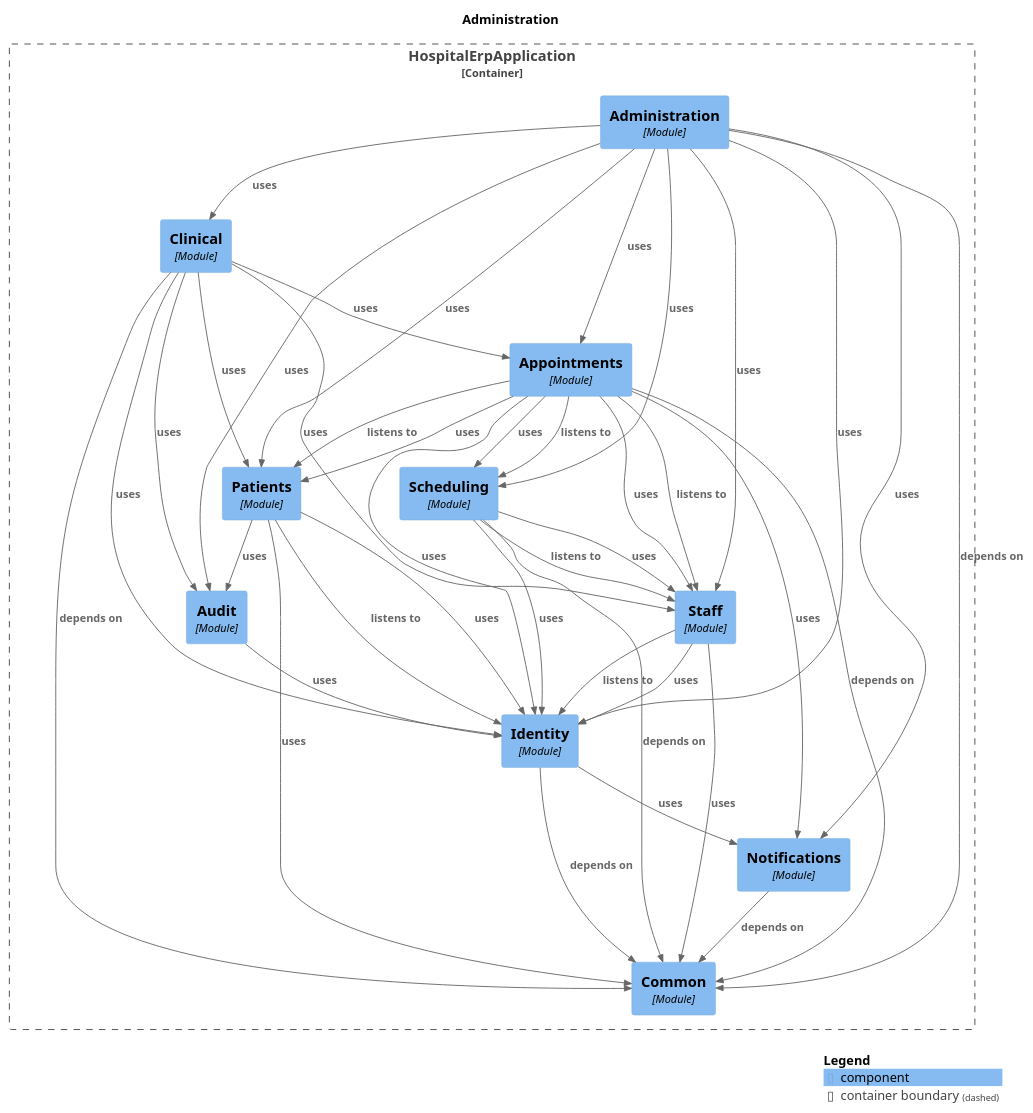
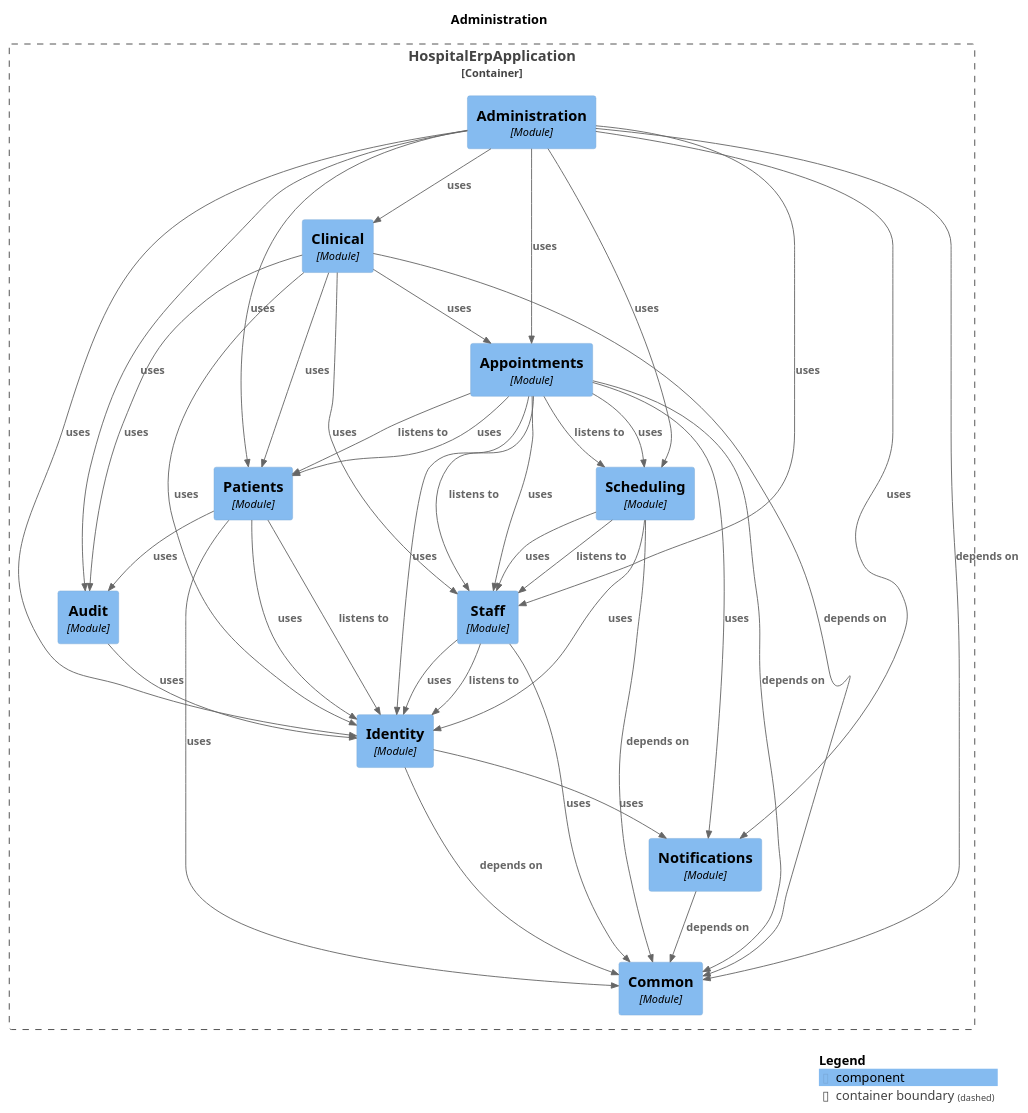
Before and after one commit to harshsharma5720/HospitalERP: the diagram in docs/modules/module-administration.puml, drawn with PlantUML. The commit also changed other lines of this file and 33 other files, not shown here.

```diff
--- a/docs/modules/module-administration.puml
+++ b/docs/modules/module-administration.puml
@@ -1,65 +1,65 @@
 @startuml
 set separator none
 title Administration
 
 top to bottom direction
 
 !include <C4/C4>
 !include <C4/C4_Context>
 !include <C4/C4_Component>
 
 Container_Boundary("HospitalErpApplication.HospitalErpApplication_boundary", "HospitalErpApplication", $tags="") {
-  Component(HospitalErpApplication.HospitalErpApplication.Scheduling, "Scheduling", $techn="Module", $descr="", $tags="", $link="")
   Component(HospitalErpApplication.HospitalErpApplication.Appointments, "Appointments", $techn="Module", $descr="", $tags="", $link="")
   Component(HospitalErpApplication.HospitalErpApplication.Clinical, "Clinical", $techn="Module", $descr="", $tags="", $link="")
   Component(HospitalErpApplication.HospitalErpApplication.Administration, "Administration", $techn="Module", $descr="", $tags="", $link="")
   Component(HospitalErpApplication.HospitalErpApplication.Common, "Common", $techn="Module", $descr="", $tags="", $link="")
   Component(HospitalErpApplication.HospitalErpApplication.Notifications, "Notifications", $techn="Module", $descr="", $tags="", $link="")
   Component(HospitalErpApplication.HospitalErpApplication.Identity, "Identity", $techn="Module", $descr="", $tags="", $link="")
   Component(HospitalErpApplication.HospitalErpApplication.Audit, "Audit", $techn="Module", $descr="", $tags="", $link="")
   Component(HospitalErpApplication.HospitalErpApplication.Staff, "Staff", $techn="Module", $descr="", $tags="", $link="")
   Component(HospitalErpApplication.HospitalErpApplication.Patients, "Patients", $techn="Module", $descr="", $tags="", $link="")
+  Component(HospitalErpApplication.HospitalErpApplication.Scheduling, "Scheduling", $techn="Module", $descr="", $tags="", $link="")
 }
 
-Rel(HospitalErpApplication.HospitalErpApplication.Notifications, HospitalErpApplication.HospitalErpApplication.Common, "depends on", $techn="", $tags="", $link="")
-Rel(HospitalErpApplication.HospitalErpApplication.Scheduling, HospitalErpApplication.HospitalErpApplication.Staff, "listens to", $techn="", $tags="", $link="")
-Rel(HospitalErpApplication.HospitalErpApplication.Scheduling, HospitalErpApplication.HospitalErpApplication.Common, "depends on", $techn="", $tags="", $link="")
-Rel(HospitalErpApplication.HospitalErpApplication.Scheduling, HospitalErpApplication.HospitalErpApplication.Staff, "uses", $techn="", $tags="", $link="")
-Rel(HospitalErpApplication.HospitalErpApplication.Scheduling, HospitalErpApplication.HospitalErpApplication.Identity, "uses", $techn="", $tags="", $link="")
-Rel(HospitalErpApplication.HospitalErpApplication.Patients, HospitalErpApplication.HospitalErpApplication.Identity, "listens to", $techn="", $tags="", $link="")
-Rel(HospitalErpApplication.HospitalErpApplication.Patients, HospitalErpApplication.HospitalErpApplication.Identity, "uses", $techn="", $tags="", $link="")
-Rel(HospitalErpApplication.HospitalErpApplication.Patients, HospitalErpApplication.HospitalErpApplication.Common, "uses", $techn="", $tags="", $link="")
 Rel(HospitalErpApplication.HospitalErpApplication.Patients, HospitalErpApplication.HospitalErpApplication.Audit, "uses", $techn="", $tags="", $link="")
-Rel(HospitalErpApplication.HospitalErpApplication.Audit, HospitalErpApplication.HospitalErpApplication.Identity, "uses", $techn="", $tags="", $link="")
-Rel(HospitalErpApplication.HospitalErpApplication.Staff, HospitalErpApplication.HospitalErpApplication.Identity, "listens to", $techn="", $tags="", $link="")
-Rel(HospitalErpApplication.HospitalErpApplication.Staff, HospitalErpApplication.HospitalErpApplication.Identity, "uses", $techn="", $tags="", $link="")
-Rel(HospitalErpApplication.HospitalErpApplication.Staff, HospitalErpApplication.HospitalErpApplication.Common, "uses", $techn="", $tags="", $link="")
-Rel(HospitalErpApplication.HospitalErpApplication.Clinical, HospitalErpApplication.HospitalErpApplication.Common, "depends on", $techn="", $tags="", $link="")
-Rel(HospitalErpApplication.HospitalErpApplication.Clinical, HospitalErpApplication.HospitalErpApplication.Appointments, "uses", $techn="", $tags="", $link="")
-Rel(HospitalErpApplication.HospitalErpApplication.Clinical, HospitalErpApplication.HospitalErpApplication.Staff, "uses", $techn="", $tags="", $link="")
-Rel(HospitalErpApplication.HospitalErpApplication.Clinical, HospitalErpApplication.HospitalErpApplication.Patients, "uses", $techn="", $tags="", $link="")
-Rel(HospitalErpApplication.HospitalErpApplication.Clinical, HospitalErpApplication.HospitalErpApplication.Identity, "uses", $techn="", $tags="", $link="")
-Rel(HospitalErpApplication.HospitalErpApplication.Clinical, HospitalErpApplication.HospitalErpApplication.Audit, "uses", $techn="", $tags="", $link="")
 Rel(HospitalErpApplication.HospitalErpApplication.Appointments, HospitalErpApplication.HospitalErpApplication.Staff, "listens to", $techn="", $tags="", $link="")
 Rel(HospitalErpApplication.HospitalErpApplication.Appointments, HospitalErpApplication.HospitalErpApplication.Patients, "listens to", $techn="", $tags="", $link="")
 Rel(HospitalErpApplication.HospitalErpApplication.Appointments, HospitalErpApplication.HospitalErpApplication.Scheduling, "listens to", $techn="", $tags="", $link="")
 Rel(HospitalErpApplication.HospitalErpApplication.Appointments, HospitalErpApplication.HospitalErpApplication.Common, "depends on", $techn="", $tags="", $link="")
 Rel(HospitalErpApplication.HospitalErpApplication.Appointments, HospitalErpApplication.HospitalErpApplication.Patients, "uses", $techn="", $tags="", $link="")
 Rel(HospitalErpApplication.HospitalErpApplication.Appointments, HospitalErpApplication.HospitalErpApplication.Staff, "uses", $techn="", $tags="", $link="")
 Rel(HospitalErpApplication.HospitalErpApplication.Appointments, HospitalErpApplication.HospitalErpApplication.Scheduling, "uses", $techn="", $tags="", $link="")
 Rel(HospitalErpApplication.HospitalErpApplication.Appointments, HospitalErpApplication.HospitalErpApplication.Identity, "uses", $techn="", $tags="", $link="")
 Rel(HospitalErpApplication.HospitalErpApplication.Appointments, HospitalErpApplication.HospitalErpApplication.Notifications, "uses", $techn="", $tags="", $link="")
 Rel(HospitalErpApplication.HospitalErpApplication.Identity, HospitalErpApplication.HospitalErpApplication.Common, "depends on", $techn="", $tags="", $link="")
 Rel(HospitalErpApplication.HospitalErpApplication.Identity, HospitalErpApplication.HospitalErpApplication.Notifications, "uses", $techn="", $tags="", $link="")
+Rel(HospitalErpApplication.HospitalErpApplication.Scheduling, HospitalErpApplication.HospitalErpApplication.Staff, "listens to", $techn="", $tags="", $link="")
+Rel(HospitalErpApplication.HospitalErpApplication.Scheduling, HospitalErpApplication.HospitalErpApplication.Common, "depends on", $techn="", $tags="", $link="")
+Rel(HospitalErpApplication.HospitalErpApplication.Scheduling, HospitalErpApplication.HospitalErpApplication.Staff, "uses", $techn="", $tags="", $link="")
+Rel(HospitalErpApplication.HospitalErpApplication.Scheduling, HospitalErpApplication.HospitalErpApplication.Identity, "uses", $techn="", $tags="", $link="")
 Rel(HospitalErpApplication.HospitalErpApplication.Administration, HospitalErpApplication.HospitalErpApplication.Common, "depends on", $techn="", $tags="", $link="")
 Rel(HospitalErpApplication.HospitalErpApplication.Administration, HospitalErpApplication.HospitalErpApplication.Identity, "uses", $techn="", $tags="", $link="")
 Rel(HospitalErpApplication.HospitalErpApplication.Administration, HospitalErpApplication.HospitalErpApplication.Patients, "uses", $techn="", $tags="", $link="")
 Rel(HospitalErpApplication.HospitalErpApplication.Administration, HospitalErpApplication.HospitalErpApplication.Staff, "uses", $techn="", $tags="", $link="")
 Rel(HospitalErpApplication.HospitalErpApplication.Administration, HospitalErpApplication.HospitalErpApplication.Audit, "uses", $techn="", $tags="", $link="")
 Rel(HospitalErpApplication.HospitalErpApplication.Administration, HospitalErpApplication.HospitalErpApplication.Appointments, "uses", $techn="", $tags="", $link="")
 Rel(HospitalErpApplication.HospitalErpApplication.Administration, HospitalErpApplication.HospitalErpApplication.Notifications, "uses", $techn="", $tags="", $link="")
 Rel(HospitalErpApplication.HospitalErpApplication.Administration, HospitalErpApplication.HospitalErpApplication.Clinical, "uses", $techn="", $tags="", $link="")
 Rel(HospitalErpApplication.HospitalErpApplication.Administration, HospitalErpApplication.HospitalErpApplication.Scheduling, "uses", $techn="", $tags="", $link="")
+Rel(HospitalErpApplication.HospitalErpApplication.Notifications, HospitalErpApplication.HospitalErpApplication.Common, "depends on", $techn="", $tags="", $link="")
+Rel(HospitalErpApplication.HospitalErpApplication.Clinical, HospitalErpApplication.HospitalErpApplication.Common, "depends on", $techn="", $tags="", $link="")
+Rel(HospitalErpApplication.HospitalErpApplication.Clinical, HospitalErpApplication.HospitalErpApplication.Appointments, "uses", $techn="", $tags="", $link="")
+Rel(HospitalErpApplication.HospitalErpApplication.Clinical, HospitalErpApplication.HospitalErpApplication.Staff, "uses", $techn="", $tags="", $link="")
+Rel(HospitalErpApplication.HospitalErpApplication.Clinical, HospitalErpApplication.HospitalErpApplication.Patients, "uses", $techn="", $tags="", $link="")
+Rel(HospitalErpApplication.HospitalErpApplication.Clinical, HospitalErpApplication.HospitalErpApplication.Identity, "uses", $techn="", $tags="", $link="")
+Rel(HospitalErpApplication.HospitalErpApplication.Clinical, HospitalErpApplication.HospitalErpApplication.Audit, "uses", $techn="", $tags="", $link="")
+Rel(HospitalErpApplication.HospitalErpApplication.Audit, HospitalErpApplication.HospitalErpApplication.Identity, "uses", $techn="", $tags="", $link="")
+Rel(HospitalErpApplication.HospitalErpApplication.Staff, HospitalErpApplication.HospitalErpApplication.Identity, "listens to", $techn="", $tags="", $link="")
+Rel(HospitalErpApplication.HospitalErpApplication.Staff, HospitalErpApplication.HospitalErpApplication.Identity, "uses", $techn="", $tags="", $link="")
+Rel(HospitalErpApplication.HospitalErpApplication.Staff, HospitalErpApplication.HospitalErpApplication.Common, "uses", $techn="", $tags="", $link="")
+Rel(HospitalErpApplication.HospitalErpApplication.Patients, HospitalErpApplication.HospitalErpApplication.Identity, "listens to", $techn="", $tags="", $link="")
+Rel(HospitalErpApplication.HospitalErpApplication.Patients, HospitalErpApplication.HospitalErpApplication.Identity, "uses", $techn="", $tags="", $link="")
+Rel(HospitalErpApplication.HospitalErpApplication.Patients, HospitalErpApplication.HospitalErpApplication.Common, "uses", $techn="", $tags="", $link="")
 
 SHOW_LEGEND(true)
 @enduml
```
